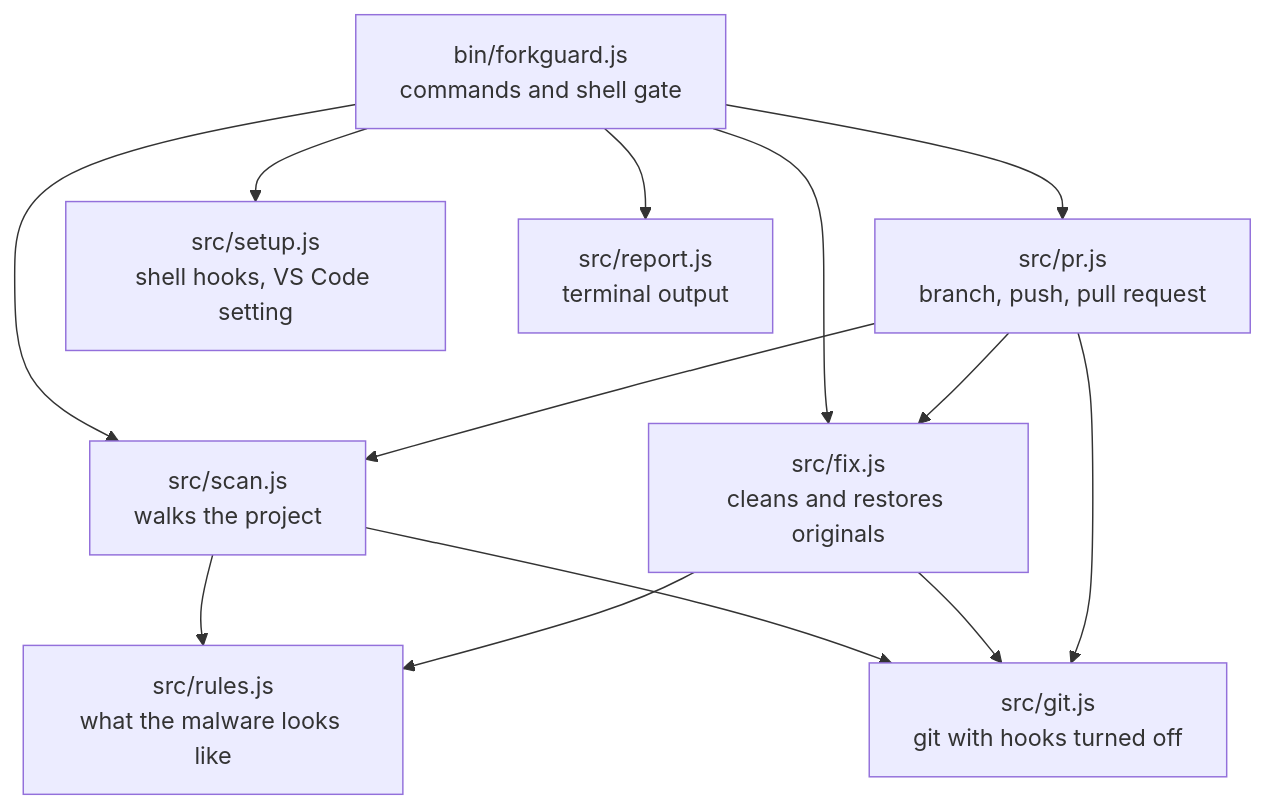
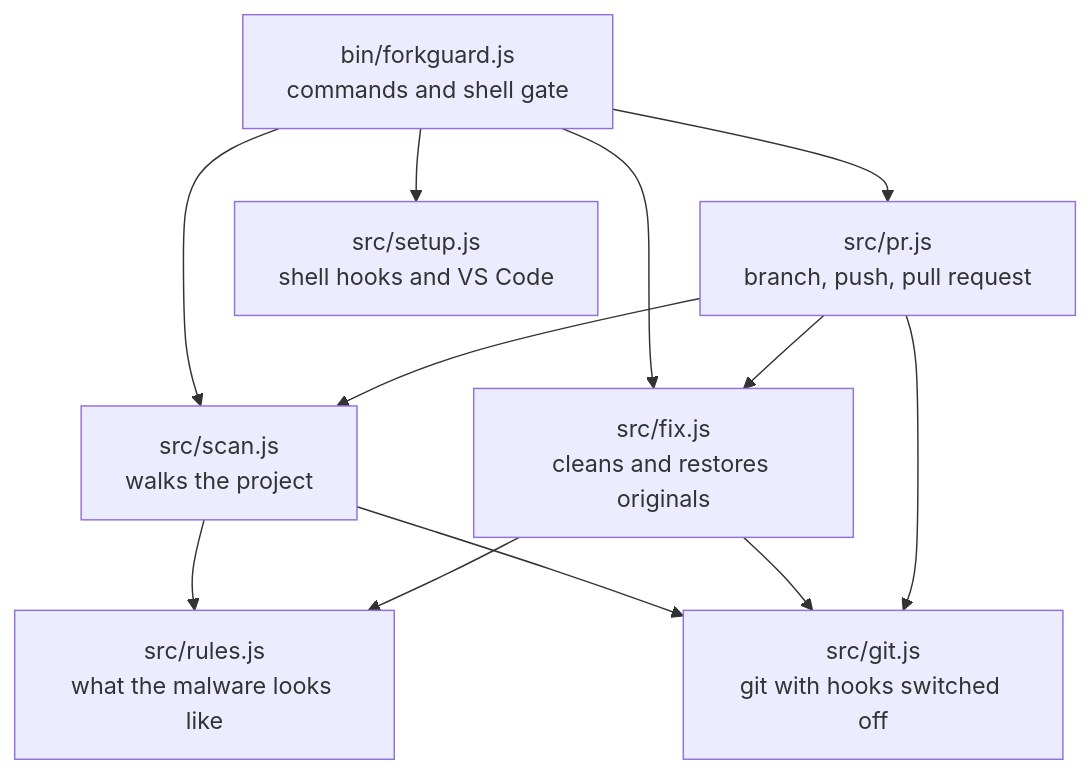
Before and after one commit to PRODHOSH/forkguard: the third of 3 diagrams in README.md, drawn with Mermaid. The commit also changed other lines of this file and 13 other files, not shown here.

````diff
--- a/README.md
+++ b/README.md
@@ -187,24 +214,22 @@
 ```mermaid
 flowchart TD
     CLI["bin/forkguard.js<br/>commands and shell gate"]
+    SCAN["src/scan.js<br/>walks the project"]
     RULES["src/rules.js<br/>what the malware looks like"]
-    SCAN["src/scan.js<br/>walks the project"]
     FIX["src/fix.js<br/>cleans and restores originals"]
     PR["src/pr.js<br/>branch, push, pull request"]
-    SETUP["src/setup.js<br/>shell hooks, VS Code setting"]
-    GIT["src/git.js<br/>git with hooks turned off"]
-    REPORT["src/report.js<br/>terminal output"]
+    SETUP["src/setup.js<br/>shell hooks and VS Code"]
+    GIT["src/git.js<br/>git with hooks switched off"]
 
     CLI --> SCAN
     CLI --> FIX
     CLI --> PR
     CLI --> SETUP
     SCAN --> RULES
     FIX --> RULES
+    PR --> SCAN
+    PR --> FIX
     SCAN --> GIT
     FIX --> GIT
-    PR --> SCAN
-    PR --> FIX
     PR --> GIT
-    CLI --> REPORT
 ```
````
